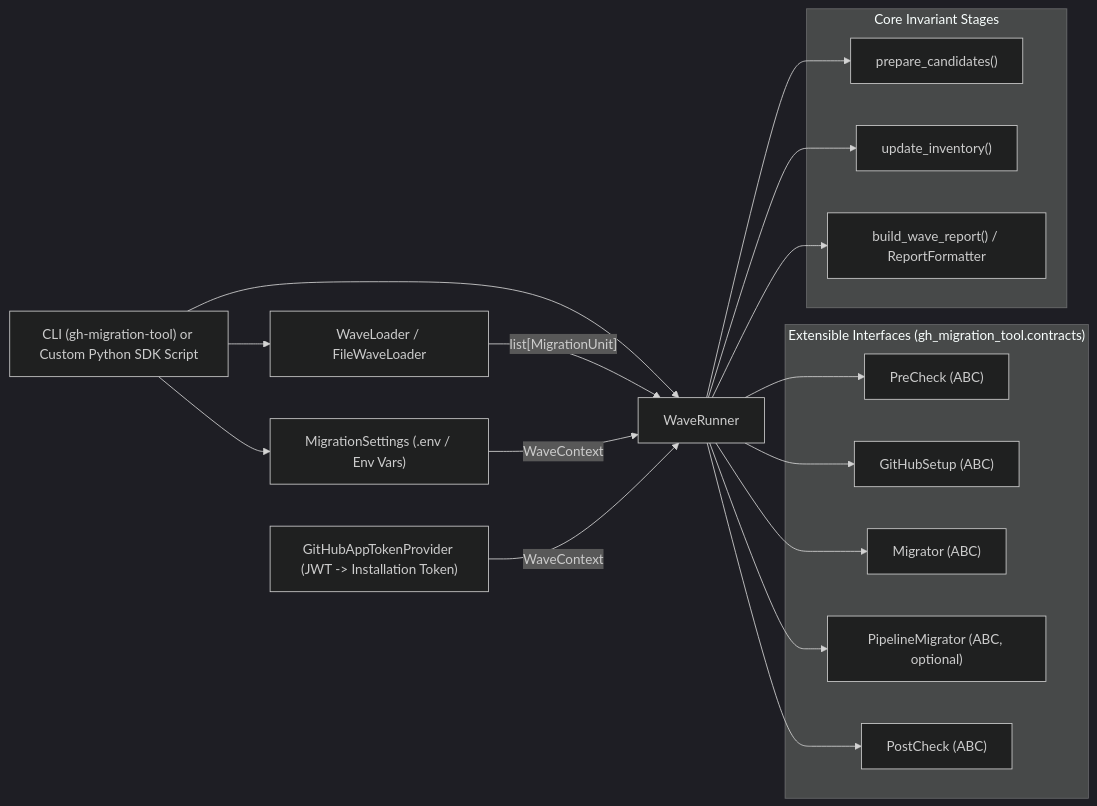
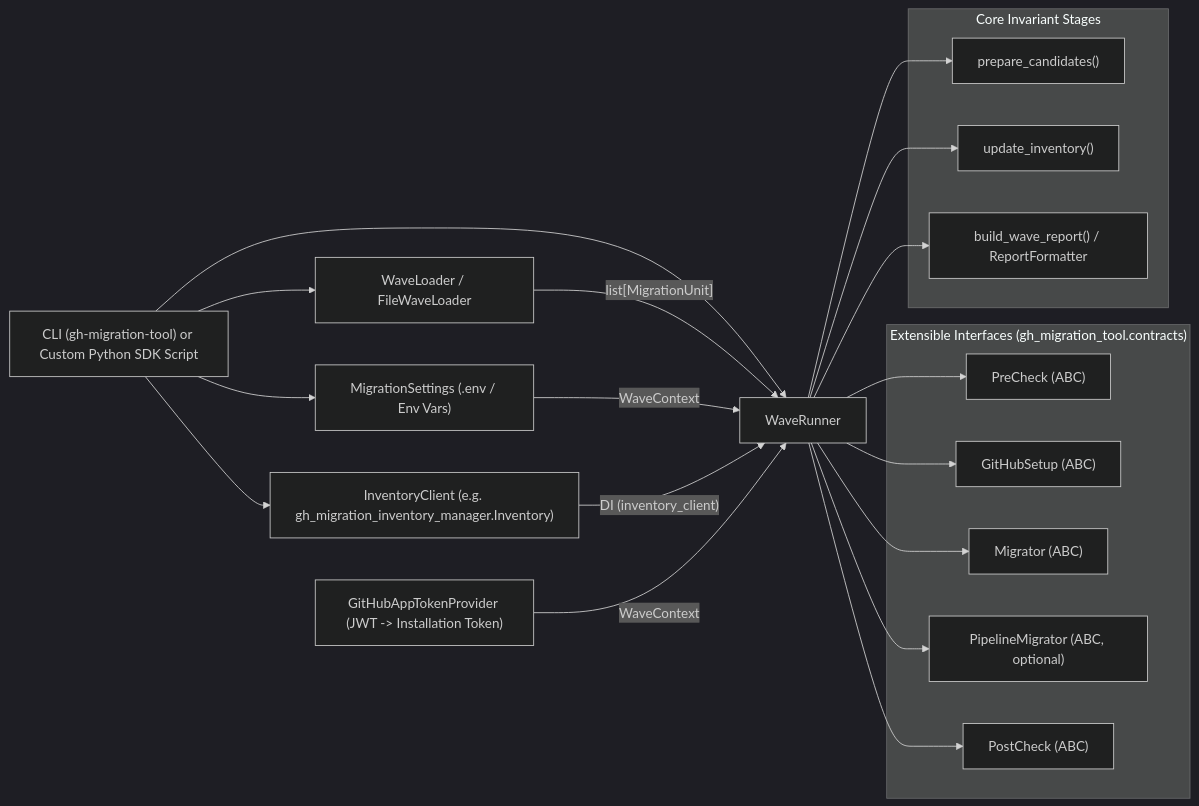
The second of 2 diagrams in README.md (ilegra/gh-migration-tool), drawn with Mermaid (dark theme) before and after one commit. The commit also changed other lines of this file and 8 other files, not shown here.

First line of the commit message:
refactor(inventory)!: enforce dependency injection for inventory client

````diff
--- a/README.md
+++ b/README.md
@@ -79,33 +79,35 @@
 ```mermaid
 flowchart LR
     Caller["CLI (gh-migration-tool) or Custom Python SDK Script"] --> Loader["WaveLoader / FileWaveLoader"]
     Caller --> Settings["MigrationSettings (.env / Env Vars)"]
+    Caller --> InventoryClient["InventoryClient (e.g. gh_migration_inventory_manager.Inventory)"]
     Caller --> Runner["WaveRunner"]
 
     Loader -->|"list[MigrationUnit]"| Runner
     Settings -->|"WaveContext"| Runner
+    InventoryClient -->|"DI (inventory_client)"| Runner
     TokenProvider["GitHubAppTokenProvider (JWT -> Installation Token)"] -->|"WaveContext"| Runner
 
     subgraph Extensible["Extensible Interfaces (gh_migration_tool.contracts)"]
         PreCheck["PreCheck (ABC)"]
         GitHubSetup["GitHubSetup (ABC)"]
         Migrator["Migrator (ABC)"]
         PipelineMigrator["PipelineMigrator (ABC, optional)"]
         PostCheck["PostCheck (ABC)"]
     end
 
     subgraph Core["Core Invariant Stages"]
         Prepare["prepare_candidates()"]
         Inventory["update_inventory()"]
         Report["build_wave_report() / ReportFormatter"]
     end
 
     Runner --> PreCheck
     Runner --> Prepare
     Runner --> GitHubSetup
     Runner --> Migrator
     Runner --> PipelineMigrator
     Runner --> PostCheck
     Runner --> Inventory
     Runner --> Report
 ```
````
